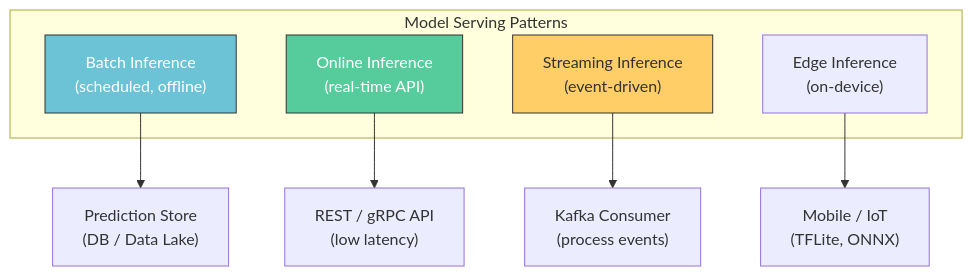
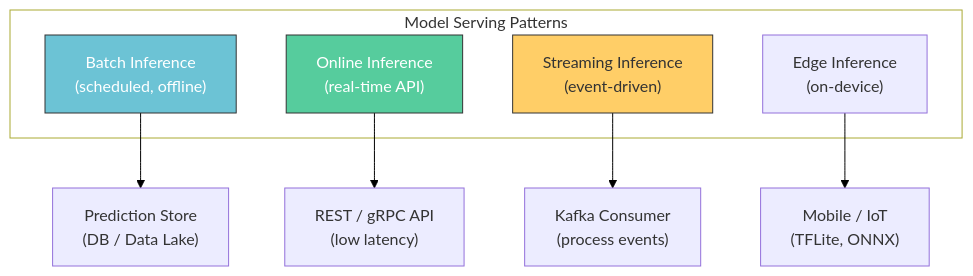
One commit to tanquangduong/tanquangduong.github.io changed the fourth of 11 diagrams in posts/aiops-interview/MLOps-Interview-QA-1.qmd. Above: the diagram before and after it, drawn with Mermaid. The commit also changed other lines of this file and 204 other files, not shown here.

````diff
--- a/posts/aiops-interview/MLOps-Interview-QA-1.qmd
+++ b/posts/aiops-interview/MLOps-Interview-QA-1.qmd
@@ -235,18 +238,20 @@
 ```{mermaid}
 graph TD
+    linkStyle default stroke:#000,color:#000
     subgraph Serving["Model Serving Patterns"]
         BATCH["Batch Inference<br/>(scheduled, offline)"]
         ONLINE["Online Inference<br/>(real-time API)"]
         STREAM["Streaming Inference<br/>(event-driven)"]
         EDGE["Edge Inference<br/>(on-device)"]
     end
 
     BATCH --> STORE["Prediction Store<br/>(DB / Data Lake)"]
     ONLINE --> API["REST / gRPC API<br/>(low latency)"]
     STREAM --> KAFKA["Kafka Consumer<br/>(process events)"]
     EDGE --> DEVICE["Mobile / IoT<br/>(TFLite, ONNX)"]
 
     style ONLINE fill:#56cc9d,stroke:#333,color:#fff
     style BATCH fill:#6cc3d5,stroke:#333,color:#fff
     style STREAM fill:#ffce67,stroke:#333
+    style Serving fill:#fff
 ```
````
